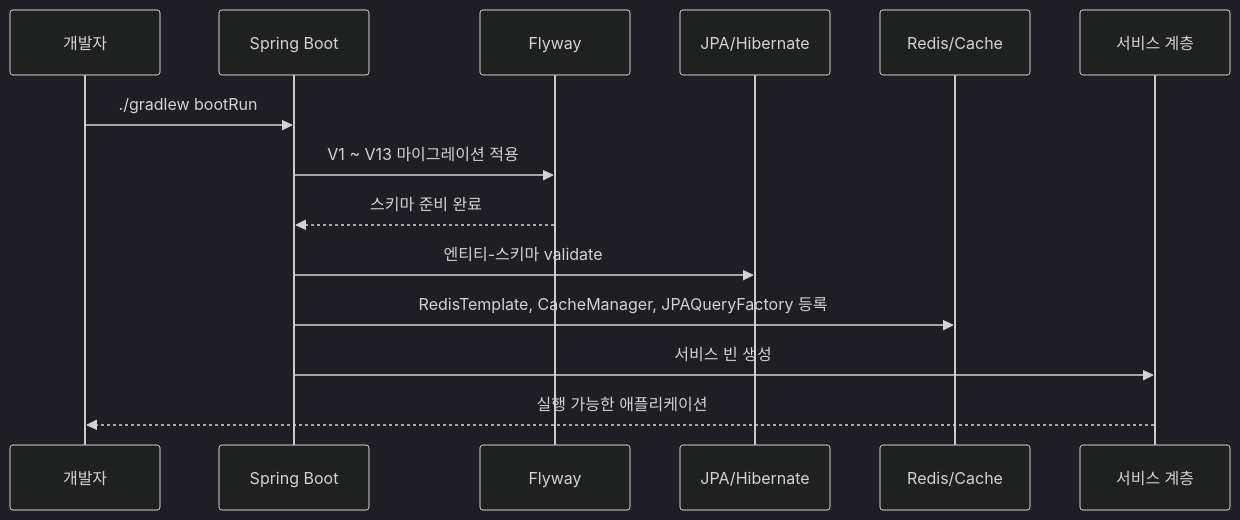
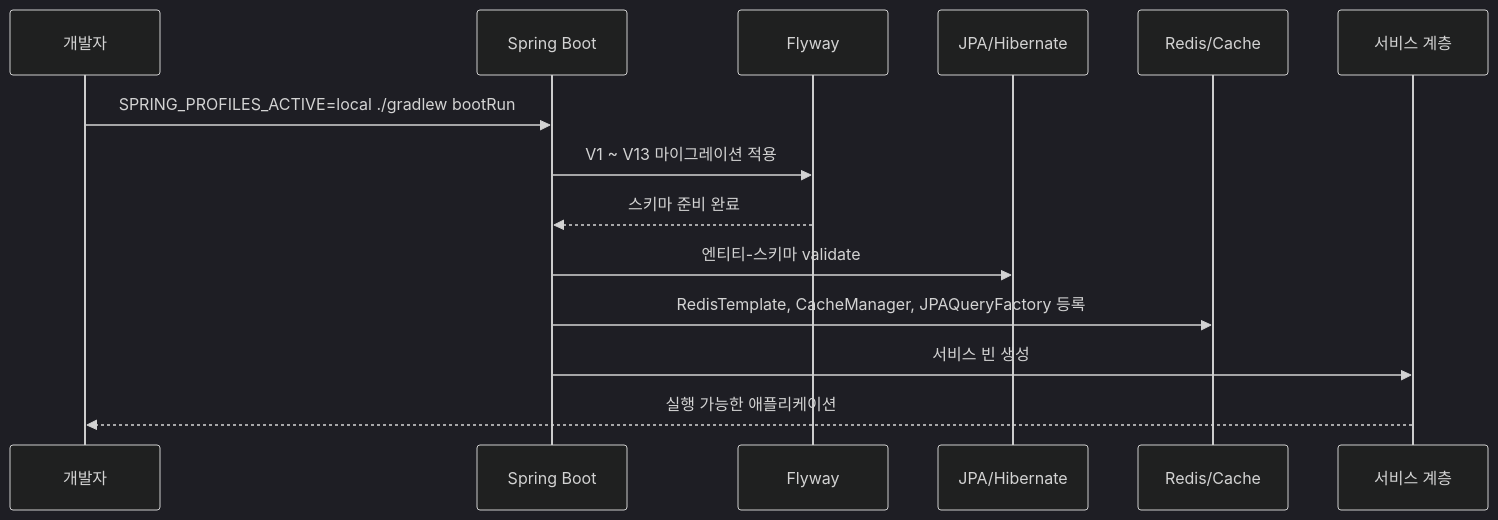
The second of 3 diagrams in blog/05-jpa-flyway-querydsl-redis-cache-foundation.md (answndud/Kindergarten_ERP), drawn with Mermaid (dark theme) before and after one commit. The commit also changed 38 other files, not shown here.

````diff
--- a/blog/05-jpa-flyway-querydsl-redis-cache-foundation.md
+++ b/blog/05-jpa-flyway-querydsl-redis-cache-foundation.md
@@ -531,17 +531,17 @@
 ```mermaid
 sequenceDiagram
     participant Dev as 개발자
     participant Boot as Spring Boot
     participant Flyway as Flyway
     participant JPA as JPA/Hibernate
     participant Infra as Redis/Cache
     participant App as 서비스 계층
 
-    Dev->>Boot: ./gradlew bootRun
+    Dev->>Boot: SPRING_PROFILES_ACTIVE=local ./gradlew bootRun
     Boot->>Flyway: V1 ~ V13 마이그레이션 적용
     Flyway-->>Boot: 스키마 준비 완료
     Boot->>JPA: 엔티티-스키마 validate
     Boot->>Infra: RedisTemplate, CacheManager, JPAQueryFactory 등록
     Boot->>App: 서비스 빈 생성
     App-->>Dev: 실행 가능한 애플리케이션
 ```
````
